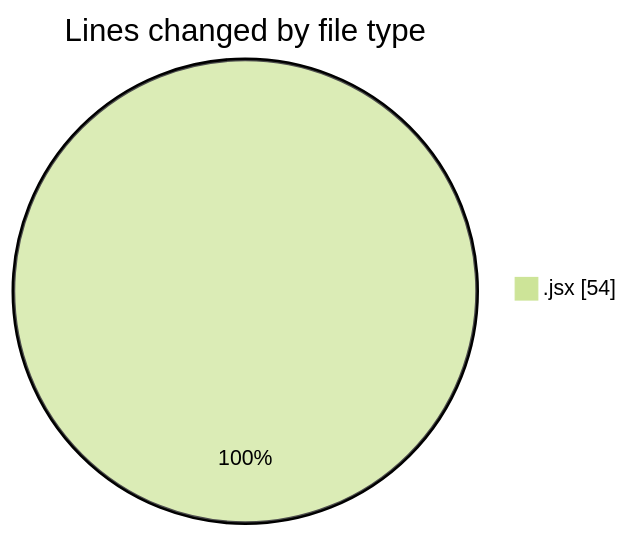
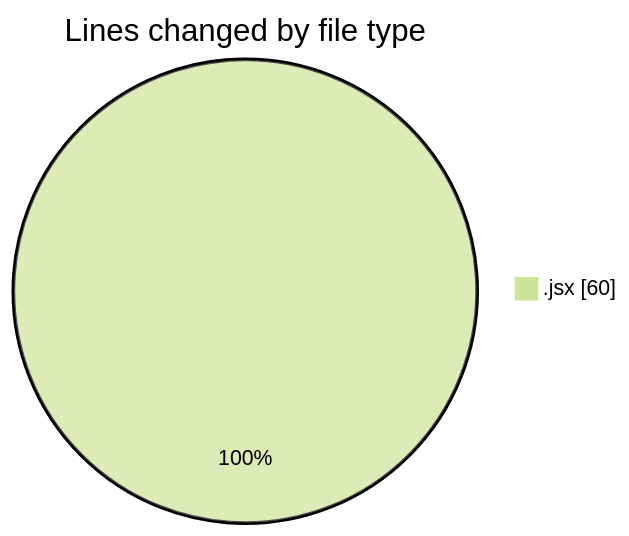
The first of 2 diagrams in 2025-01-27/react/README.md (Elitesun/code-tracking), drawn with Mermaid (forest theme) before and after one commit. The commit also changed other lines of this file and 1 other file, not shown here.

````diff
--- a/2025-01-27/react/README.md
+++ b/2025-01-27/react/README.md
@@ -21,5 +21,5 @@
 ```mermaid
 pie showData
 title Lines changed by file type
-".jsx" : 54
+".jsx" : 60
 ```
````
